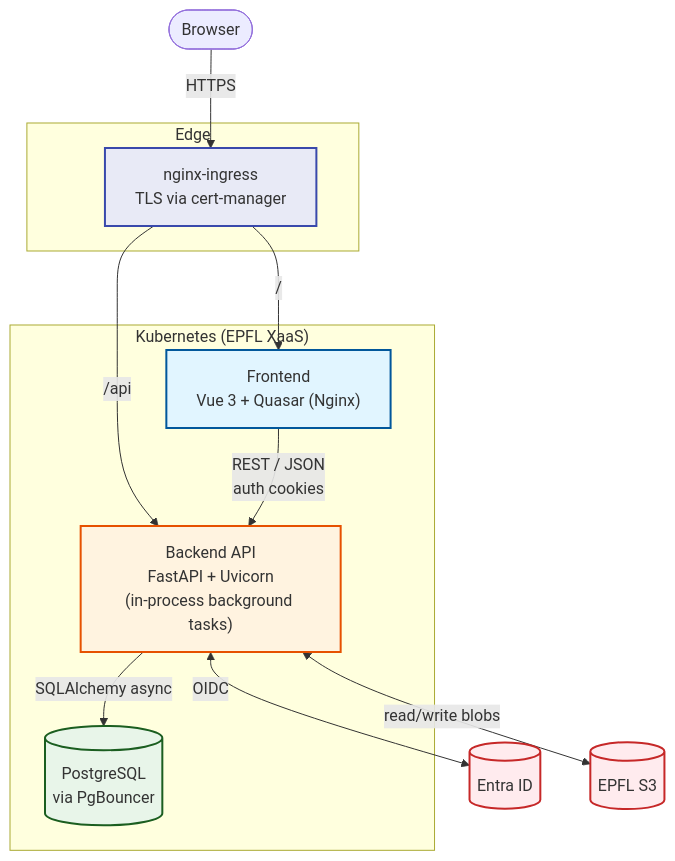
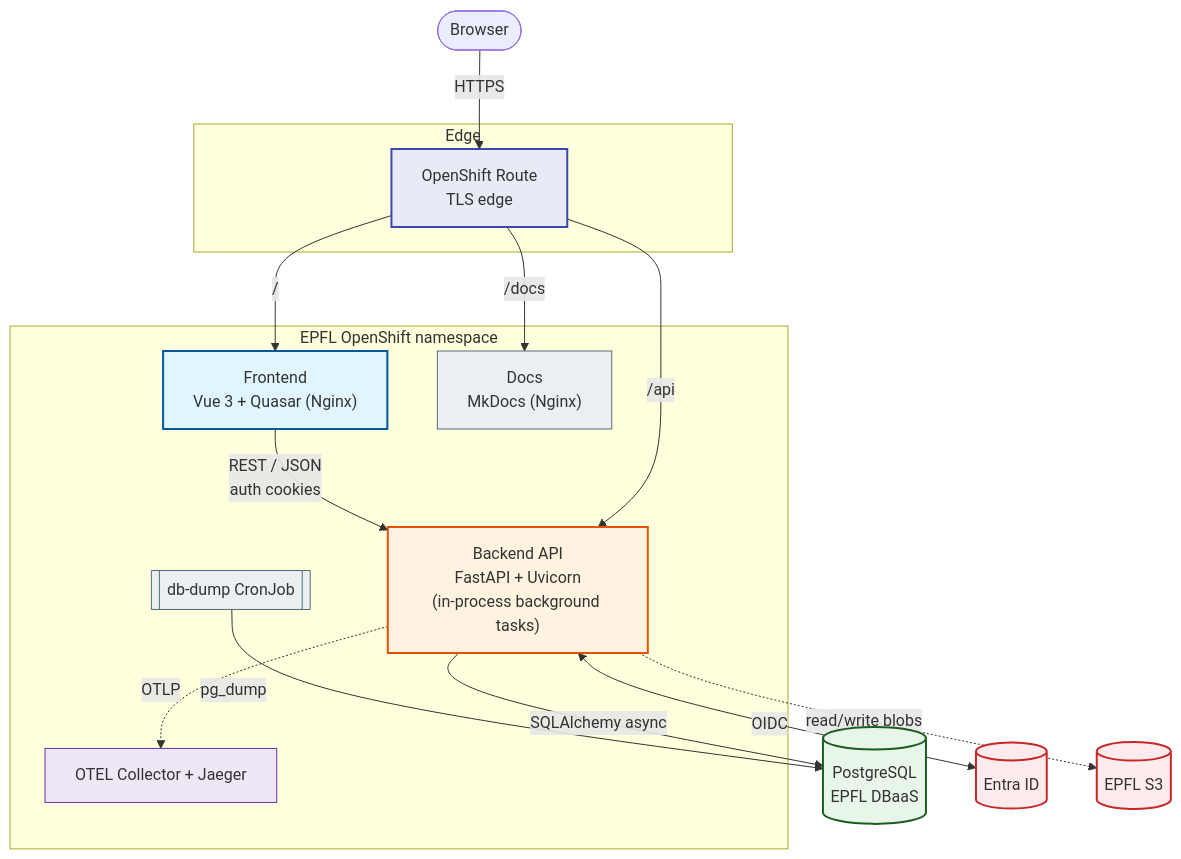
The second of 3 diagrams in docs/src/architecture/02-system-overview.md (EPFL-ENAC/co2-calculator), drawn with Mermaid before and after one commit. The commit also changed other lines of this file and 5 other files, not shown here.

````diff
--- a/docs/src/architecture/02-system-overview.md
+++ b/docs/src/architecture/02-system-overview.md
@@ -56,37 +135,47 @@
 ```mermaid
 flowchart TB
     Browser([Browser])
 
     subgraph Edge["Edge"]
-        Ingress[nginx-ingress<br/>TLS via cert-manager]
+        Route[OpenShift Route<br/>TLS edge]
     end
 
-    subgraph K8s["Kubernetes (EPFL XaaS)"]
+    subgraph OCP["EPFL OpenShift namespace"]
         FE["Frontend<br/>Vue 3 + Quasar (Nginx)"]
         BE["Backend API<br/>FastAPI + Uvicorn<br/>(in-process background tasks)"]
-        PG[(PostgreSQL<br/>via PgBouncer)]
+        Docs["Docs<br/>MkDocs (Nginx)"]
+        Otel["OTEL Collector + Jaeger"]
+        DBDump[[db-dump CronJob]]
     end
 
+    PG[(PostgreSQL<br/>EPFL DBaaS)]
     Entra[(Entra ID)]
     S3[(EPFL S3)]
 
-    Browser -->|HTTPS| Ingress
-    Ingress -->|/| FE
-    Ingress -->|/api| BE
+    Browser -->|HTTPS| Route
+    Route -->|/| FE
+    Route -->|/api| BE
+    Route -->|/docs| Docs
     FE -->|REST / JSON<br/>auth cookies| BE
     BE <-->|OIDC| Entra
     BE -->|SQLAlchemy async| PG
-    BE <-->|read/write blobs| S3
+    BE -.->|read/write blobs| S3
+    BE -.->|OTLP| Otel
+    DBDump -->|pg_dump| PG
 
     classDef fe fill:#e1f5ff,stroke:#01579b,stroke-width:2px
     classDef be fill:#fff3e0,stroke:#e65100,stroke-width:2px
     classDef data fill:#e8f5e9,stroke:#1b5e20,stroke-width:2px
     classDef ext fill:#ffebee,stroke:#c62828,stroke-width:2px
     classDef edge fill:#e8eaf6,stroke:#3949ab,stroke-width:2px
-
+    classDef docs fill:#eceff1,stroke:#546e7a,stroke-width:1px
+    classDef mon fill:#ede7f6,stroke:#5e35b1,stroke-width:1px
     class FE fe
     class BE be
+    class Docs docs
+    class Otel mon
+    class DBDump docs
     class PG data
     class Entra,S3 ext
-    class Ingress edge
+    class Route edge
 ```
````
